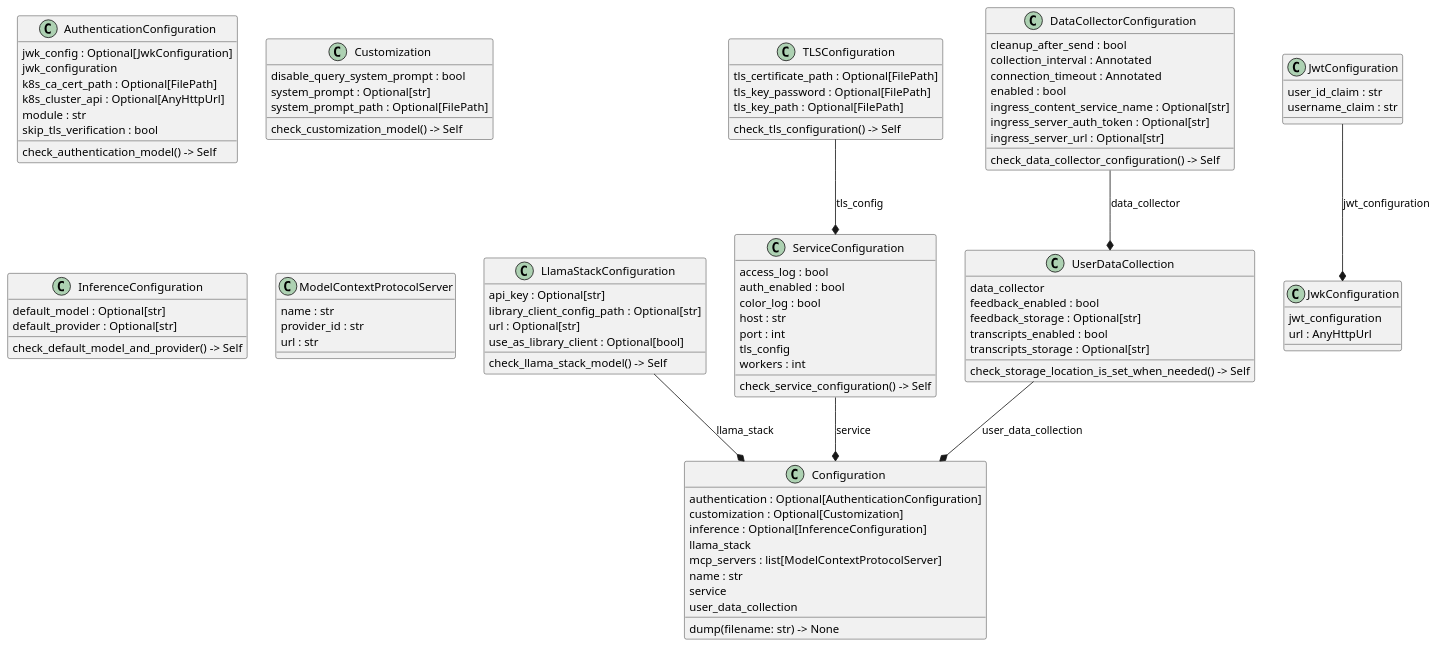
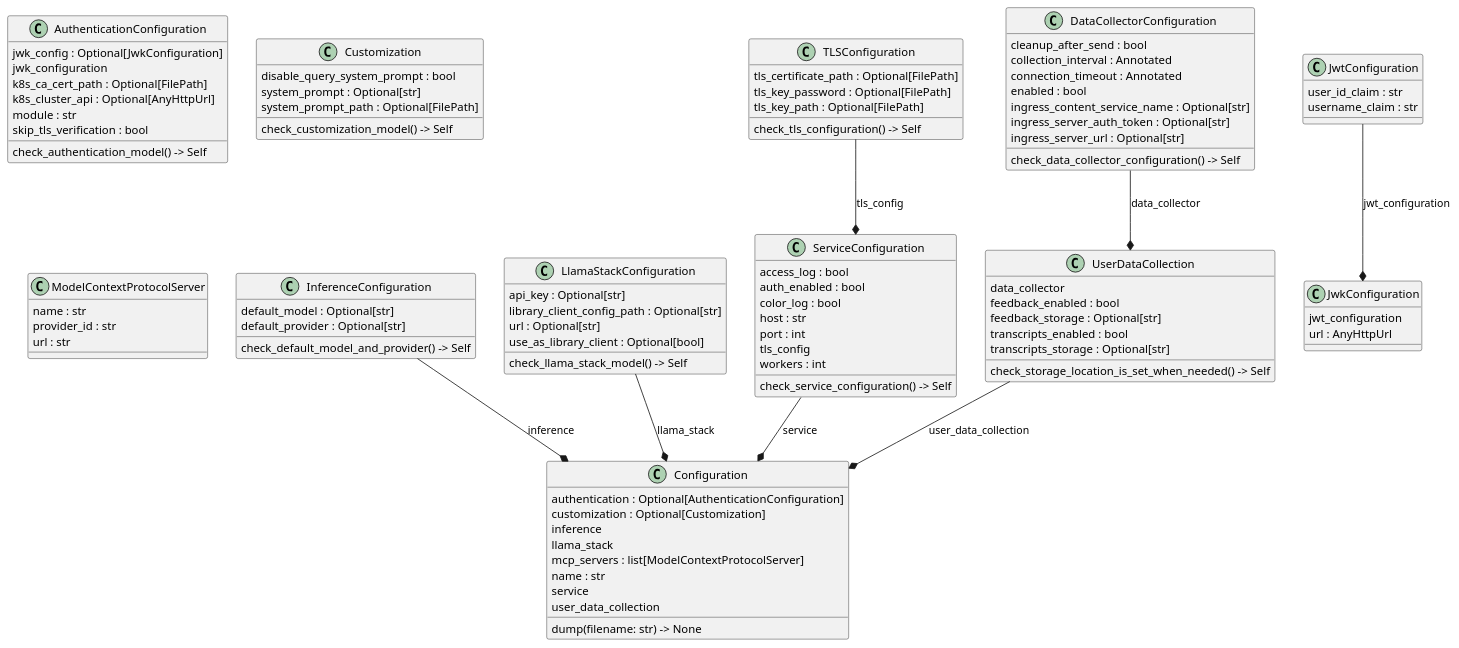
Before and after one commit to zszabo-rh/lightspeed-stack: the diagram in docs/config.puml, drawn with PlantUML. The commit also changed 1 other file, not shown here.

```diff
--- a/docs/config.puml
+++ b/docs/config.puml
@@ -1,94 +1,95 @@
 @startuml classes
 set namespaceSeparator none
 class "AuthenticationConfiguration" as src.models.config.AuthenticationConfiguration {
   jwk_config : Optional[JwkConfiguration]
   jwk_configuration
   k8s_ca_cert_path : Optional[FilePath]
   k8s_cluster_api : Optional[AnyHttpUrl]
   module : str
   skip_tls_verification : bool
   check_authentication_model() -> Self
 }
 class "Configuration" as src.models.config.Configuration {
   authentication : Optional[AuthenticationConfiguration]
   customization : Optional[Customization]
-  inference : Optional[InferenceConfiguration]
+  inference
   llama_stack
   mcp_servers : list[ModelContextProtocolServer]
   name : str
   service
   user_data_collection
   dump(filename: str) -> None
 }
 class "Customization" as src.models.config.Customization {
   disable_query_system_prompt : bool
   system_prompt : Optional[str]
   system_prompt_path : Optional[FilePath]
   check_customization_model() -> Self
 }
 class "DataCollectorConfiguration" as src.models.config.DataCollectorConfiguration {
   cleanup_after_send : bool
   collection_interval : Annotated
   connection_timeout : Annotated
   enabled : bool
   ingress_content_service_name : Optional[str]
   ingress_server_auth_token : Optional[str]
   ingress_server_url : Optional[str]
   check_data_collector_configuration() -> Self
 }
 class "InferenceConfiguration" as src.models.config.InferenceConfiguration {
   default_model : Optional[str]
   default_provider : Optional[str]
   check_default_model_and_provider() -> Self
 }
 class "JwkConfiguration" as src.models.config.JwkConfiguration {
   jwt_configuration
   url : AnyHttpUrl
 }
 class "JwtConfiguration" as src.models.config.JwtConfiguration {
   user_id_claim : str
   username_claim : str
 }
 class "LlamaStackConfiguration" as src.models.config.LlamaStackConfiguration {
   api_key : Optional[str]
   library_client_config_path : Optional[str]
   url : Optional[str]
   use_as_library_client : Optional[bool]
   check_llama_stack_model() -> Self
 }
 class "ModelContextProtocolServer" as src.models.config.ModelContextProtocolServer {
   name : str
   provider_id : str
   url : str
 }
 class "ServiceConfiguration" as src.models.config.ServiceConfiguration {
   access_log : bool
   auth_enabled : bool
   color_log : bool
   host : str
   port : int
   tls_config
   workers : int
   check_service_configuration() -> Self
 }
 class "TLSConfiguration" as src.models.config.TLSConfiguration {
   tls_certificate_path : Optional[FilePath]
   tls_key_password : Optional[FilePath]
   tls_key_path : Optional[FilePath]
   check_tls_configuration() -> Self
 }
 class "UserDataCollection" as src.models.config.UserDataCollection {
   data_collector
   feedback_enabled : bool
   feedback_storage : Optional[str]
   transcripts_enabled : bool
   transcripts_storage : Optional[str]
   check_storage_location_is_set_when_needed() -> Self
 }
 src.models.config.DataCollectorConfiguration --* src.models.config.UserDataCollection : data_collector
+src.models.config.InferenceConfiguration --* src.models.config.Configuration : inference
 src.models.config.JwtConfiguration --* src.models.config.JwkConfiguration : jwt_configuration
 src.models.config.LlamaStackConfiguration --* src.models.config.Configuration : llama_stack
 src.models.config.ServiceConfiguration --* src.models.config.Configuration : service
 src.models.config.TLSConfiguration --* src.models.config.ServiceConfiguration : tls_config
 src.models.config.UserDataCollection --* src.models.config.Configuration : user_data_collection
 @enduml
```
